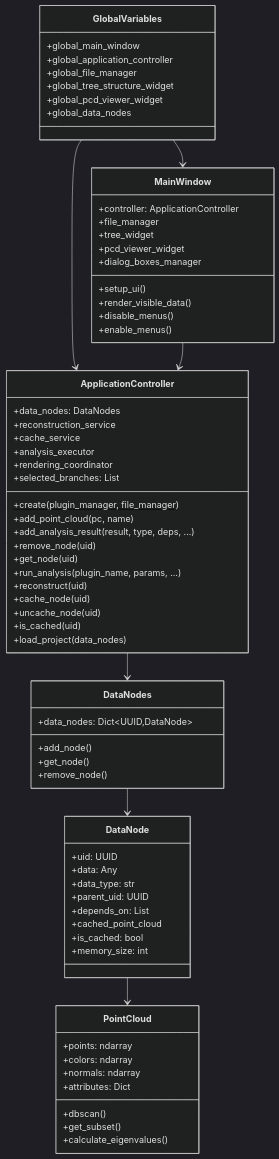
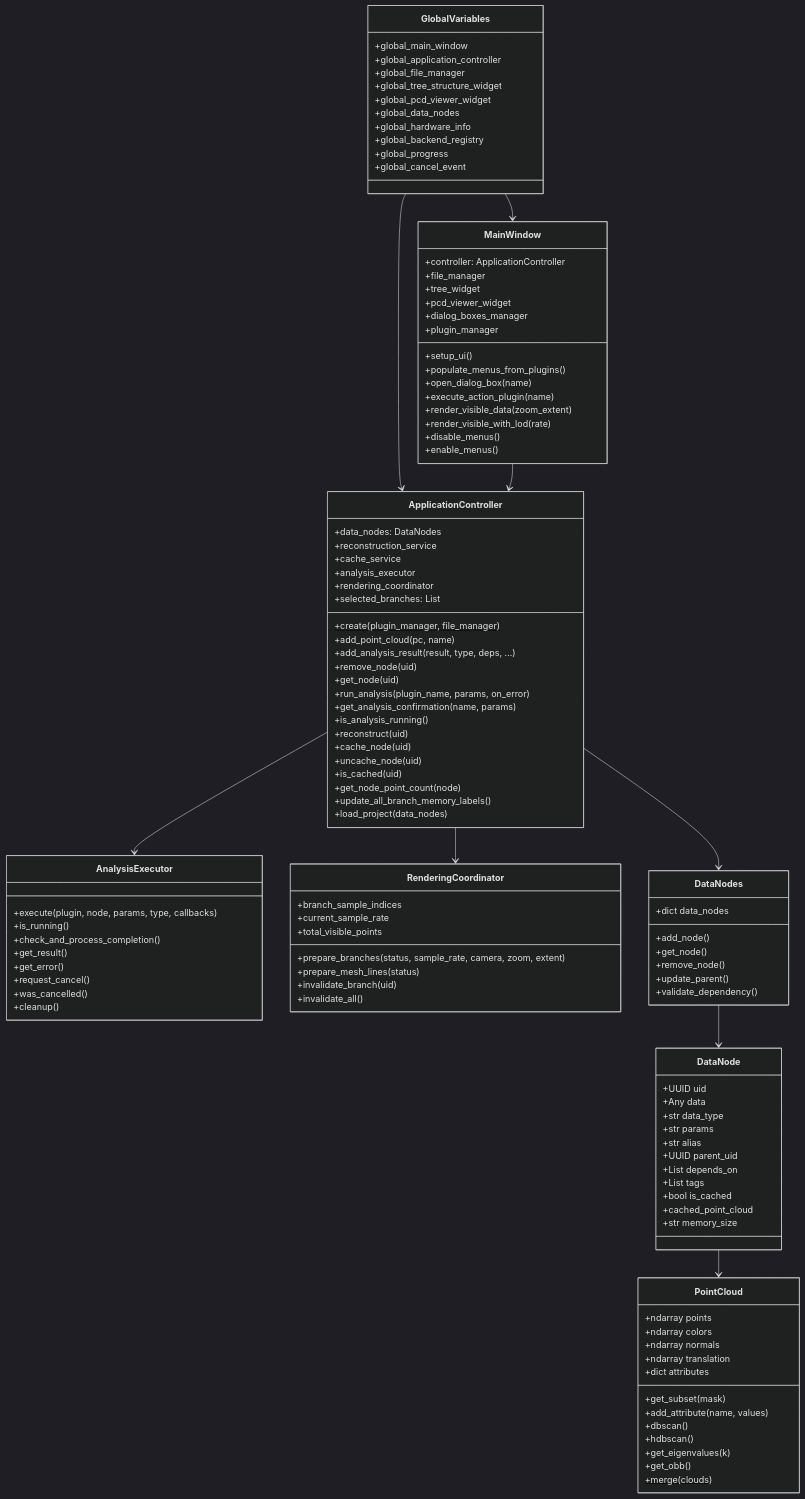
Before and after one commit to Sepehr-Sobhani-AU/SPCToolkit: the sixth of 8 diagrams in ARCHITECTURE.md, drawn with Mermaid (dark theme). The commit also changed other lines of this file and 2 other files, not shown here.

First line of the commit message:
docs: refresh the architecture references and add generated diagrams

````diff
--- a/ARCHITECTURE.md
+++ b/ARCHITECTURE.md
@@ -339,6 +421,10 @@
         +global_tree_structure_widget
         +global_pcd_viewer_widget
         +global_data_nodes
+        +global_hardware_info
+        +global_backend_registry
+        +global_progress
+        +global_cancel_event
     }
 
     class MainWindow {
@@ -347,8 +433,13 @@
         +tree_widget
         +pcd_viewer_widget
         +dialog_boxes_manager
+        +plugin_manager
         +setup_ui()
-        +render_visible_data()
+        +populate_menus_from_plugins()
+        +open_dialog_box(name)
+        +execute_action_plugin(name)
+        +render_visible_data(zoom_extent)
+        +render_visible_with_lod(rate)
         +disable_menus()
         +enable_menus()
     }
@@ -365,46 +456,83 @@
         +add_analysis_result(result, type, deps, ...)
         +remove_node(uid)
         +get_node(uid)
-        +run_analysis(plugin_name, params, ...)
+        +run_analysis(plugin_name, params, on_error)
+        +get_analysis_confirmation(name, params)
+        +is_analysis_running()
         +reconstruct(uid)
         +cache_node(uid)
         +uncache_node(uid)
         +is_cached(uid)
+        +get_node_point_count(node)
+        +update_all_branch_memory_labels()
         +load_project(data_nodes)
     }
 
+    class AnalysisExecutor {
+        +execute(plugin, node, params, type, callbacks)
+        +is_running()
+        +check_and_process_completion()
+        +get_result()
+        +get_error()
+        +request_cancel()
+        +was_cancelled()
+        +cleanup()
+    }
+
+    class RenderingCoordinator {
+        +prepare_branches(status, sample_rate, camera, zoom, extent)
+        +prepare_mesh_lines(status)
+        +invalidate_branch(uid)
+        +invalidate_all()
+        +branch_sample_indices
+        +current_sample_rate
+        +total_visible_points
+    }
+
     class DataNodes {
-        +data_nodes: Dict~UUID,DataNode~
+        +dict data_nodes
         +add_node()
         +get_node()
         +remove_node()
+        +update_parent()
+        +validate_dependency()
     }
 
     class DataNode {
-        +uid: UUID
-        +data: Any
-        +data_type: str
-        +parent_uid: UUID
-        +depends_on: List
+        +UUID uid
+        +Any data
+        +str data_type
+        +str params
+        +str alias
+        +UUID parent_uid
+        +List depends_on
+        +List tags
+        +bool is_cached
         +cached_point_cloud
-        +is_cached: bool
-        +memory_size: int
+        +str memory_size
     }
 
     class PointCloud {
-        +points: ndarray
-        +colors: ndarray
-        +normals: ndarray
-        +attributes: Dict
+        +ndarray points
+        +ndarray colors
+        +ndarray normals
+        +ndarray translation
+        +dict attributes
+        +get_subset(mask)
+        +add_attribute(name, values)
         +dbscan()
-        +get_subset()
-        +calculate_eigenvalues()
+        +hdbscan()
+        +get_eigenvalues(k)
+        +get_obb()
+        +merge(clouds)$
     }
 
     GlobalVariables --> MainWindow
     GlobalVariables --> ApplicationController
     MainWindow --> ApplicationController
     ApplicationController --> DataNodes
+    ApplicationController --> AnalysisExecutor
+    ApplicationController --> RenderingCoordinator
     DataNodes --> DataNode
     DataNode --> PointCloud
 ```
````
